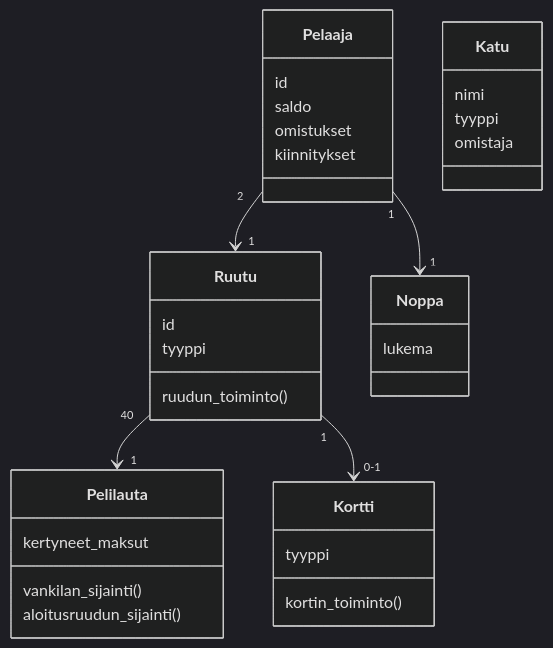
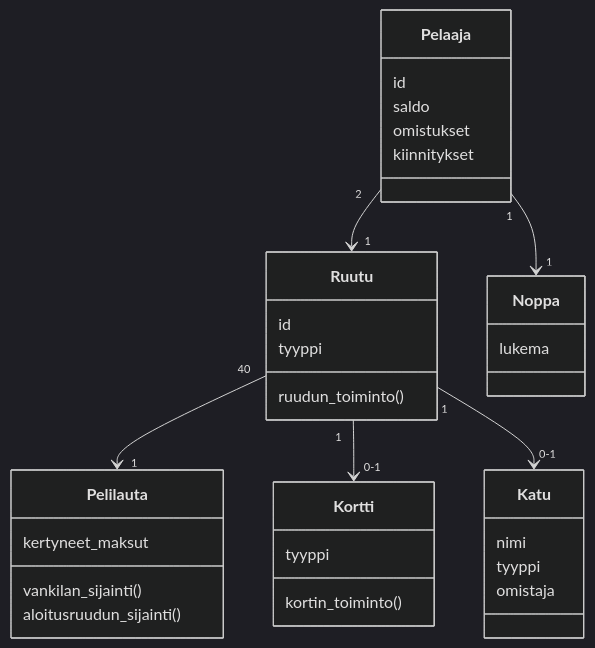
The diagram in laskarit/viikko3/monopoli-luokkakaavio.md (lkauria/ot-harjoitustyo), drawn with Mermaid (dark theme) before and after one commit.

Commit message:
lisää Ruudun ja Kadun yhteys

````diff
--- a/laskarit/viikko3/monopoli-luokkakaavio.md
+++ b/laskarit/viikko3/monopoli-luokkakaavio.md
@@ -5,35 +5,36 @@
 ```mermaid
  classDiagram
       Pelaaja "2" --> "1" Ruutu
       Ruutu "40" --> "1" Pelilauta
       Pelaaja "1" --> "1" Noppa
       Ruutu "1" --> "0-1" Kortti 
+      Ruutu "1" --> "0-1" Katu
       class Noppa{
           lukema
       }
       class Pelaaja{
           id
           saldo
           omistukset
           kiinnitykset
       }
       class Pelilauta{
           kertyneet_maksut
           vankilan_sijainti()
           aloitusruudun_sijainti()
       }
       class Ruutu{
           id 
           tyyppi
           ruudun_toiminto()
       }
       class Kortti{
           tyyppi
           kortin_toiminto()
       }
       class Katu{
           nimi
           tyyppi
           omistaja
       }
 ```
````
